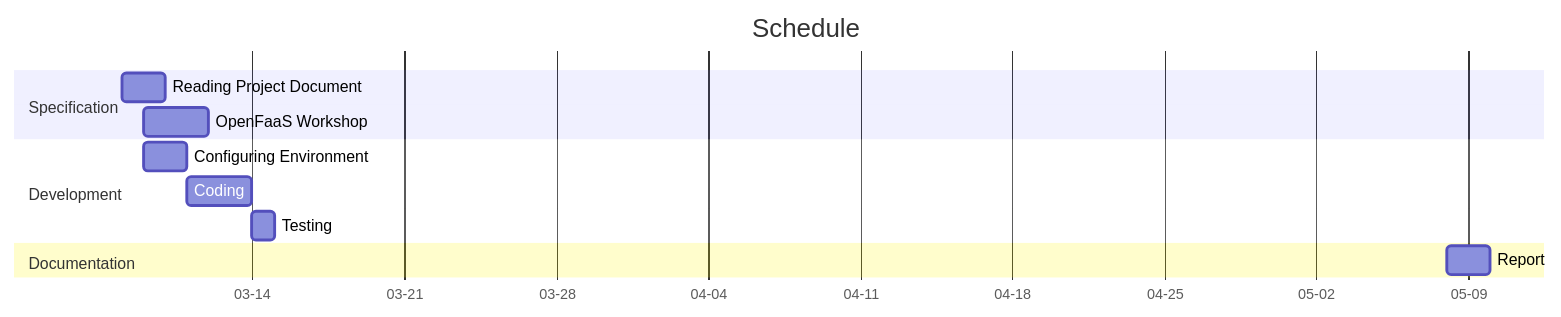
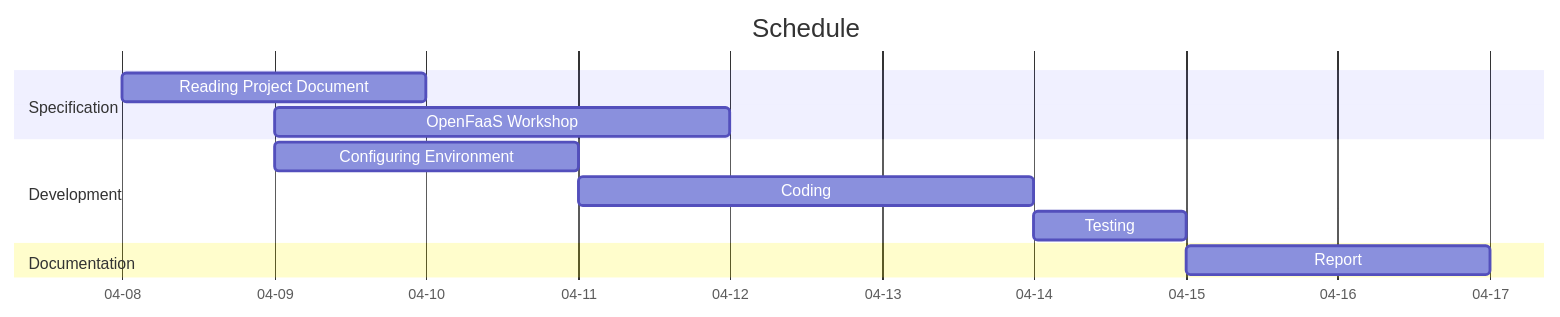
One commit to hkust-comp4651-21S/project-serverless-image-recognizer changed the diagram in Report.md. Above: the diagram before and after it, drawn with Mermaid. The commit also changed other lines of this file, not shown here.

````diff
--- a/Report.md
+++ b/Report.md
@@ -296,14 +291,14 @@
 ```mermaid
 gantt
     title Schedule 
     axisFormat  %m-%d
     section Specification
-    Reading Project Document : 2021-03-08, 2d
-    OpenFaaS Workshop : 2021-03-09, 3d
+    Reading Project Document : 2021-04-08, 2d
+    OpenFaaS Workshop : 2021-04-09, 3d
     section Development
-    Configuring Environment : d1, 2021-03-09, 2d
+    Configuring Environment : d1, 2021-04-09, 2d
     Coding: d2, after d1, 3d
-    Testing: after d2, 1d
+    Testing: d3, after d2, 1d
     section Documentation
-    Report: 2021-05-08, 2d
+    Report: after d3, 2d
 ```
````
